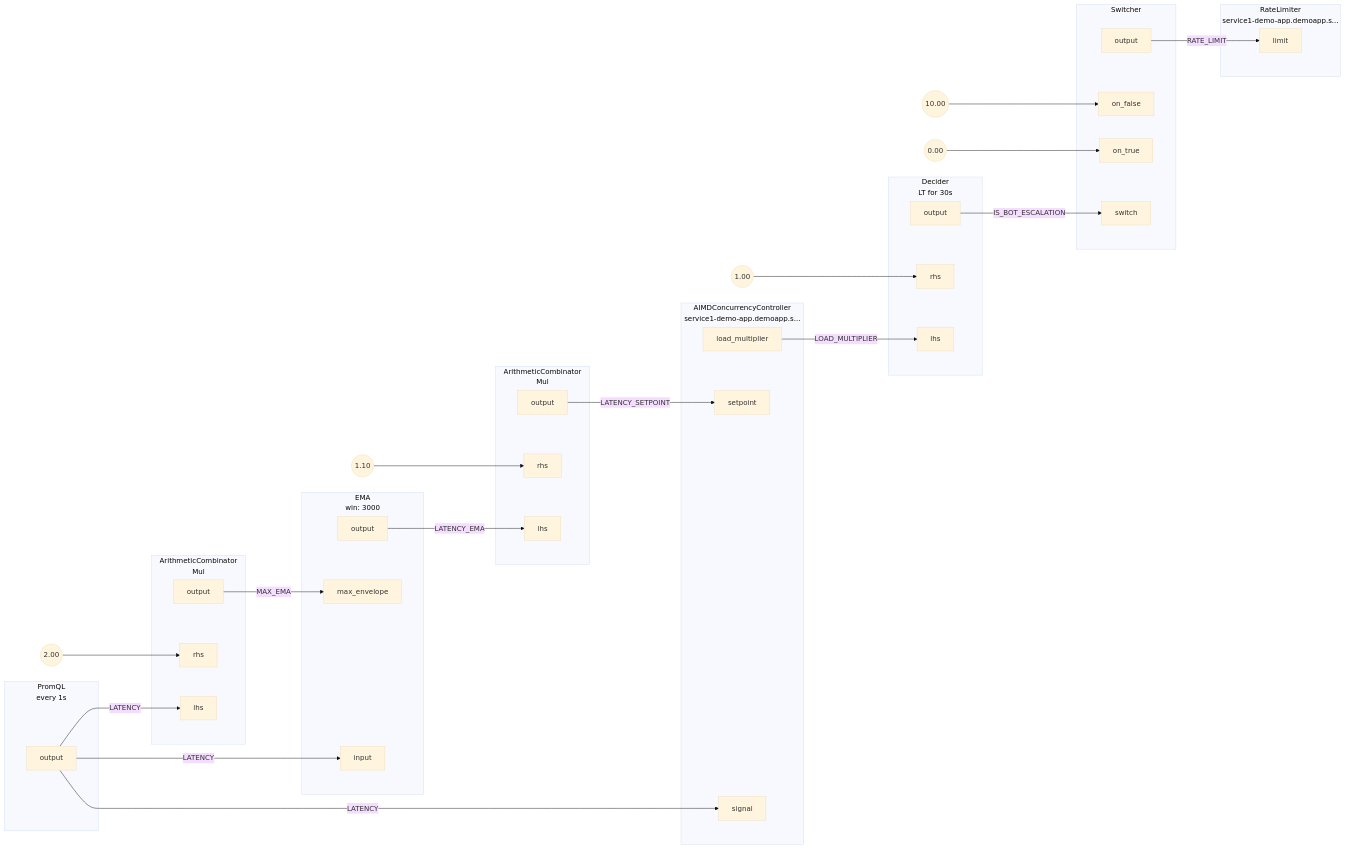
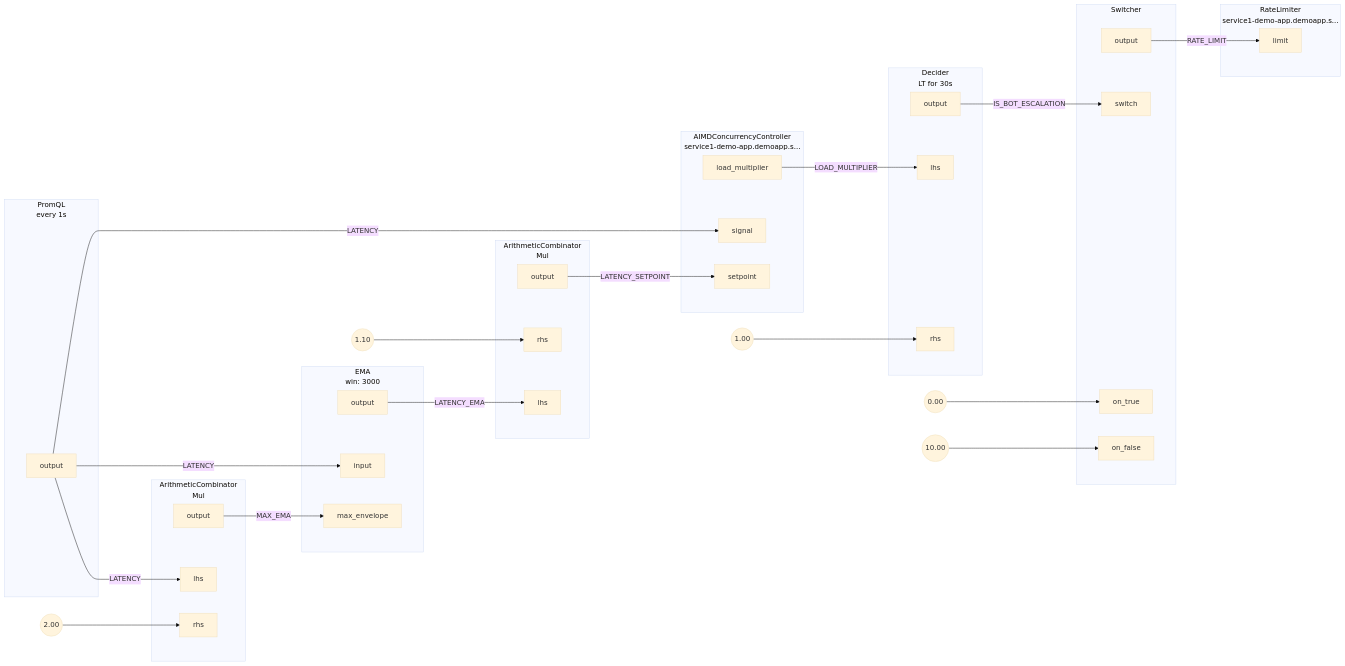
Before and after one commit to dataongunlaws/aperture: the diagram in docs/content/tutorials/integrations/flow-control/concurrency-limiting/assets/rate-limiting-escalation/rate-limiting-escalation.mmd, drawn with Mermaid (base theme). The commit also changed 35 other files, not shown here.

Commit message:
YAML language server jsonschema for policies (#1348)

```diff
--- a/docs/content/tutorials/integrations/flow-control/concurrency-limiting/assets/rate-limiting-escalation/rate-limiting-escalation.mmd
+++ b/docs/content/tutorials/integrations/flow-control/concurrency-limiting/assets/rate-limiting-escalation/rate-limiting-escalation.mmd
@@ -1,99 +1,99 @@
 flowchart LR
 subgraph root.0[<center>PromQL<br/>every 1s</center>]
 subgraph root.0_outports[ ]
 style root.0_outports fill:none,stroke:none
 root.0output[output]
 end
 end
 FakeConstant0((2.00))
 FakeConstant0 --> root.1rhs
 subgraph root.1[<center>ArithmeticCombinator<br/>Mul</center>]
 subgraph root.1_inports[ ]
 style root.1_inports fill:none,stroke:none
 root.1lhs[lhs]
 root.1rhs[rhs]
 end
 subgraph root.1_outports[ ]
 style root.1_outports fill:none,stroke:none
 root.1output[output]
 end
 end
 FakeConstant1((1.10))
 FakeConstant1 --> root.2rhs
 subgraph root.2[<center>ArithmeticCombinator<br/>Mul</center>]
 subgraph root.2_inports[ ]
 style root.2_inports fill:none,stroke:none
 root.2lhs[lhs]
 root.2rhs[rhs]
 end
 subgraph root.2_outports[ ]
 style root.2_outports fill:none,stroke:none
 root.2output[output]
 end
 end
 subgraph root.3[<center>EMA<br/>win: 3000</center>]
 subgraph root.3_inports[ ]
 style root.3_inports fill:none,stroke:none
+root.3input[input]
 root.3max_envelope[max_envelope]
-root.3input[input]
 end
 subgraph root.3_outports[ ]
 style root.3_outports fill:none,stroke:none
 root.3output[output]
 end
 end
 subgraph root.4[<center>AIMDConcurrencyController<br/>service1-demo-app.demoapp.s...</center>]
 subgraph root.4_inports[ ]
 style root.4_inports fill:none,stroke:none
 root.4setpoint[setpoint]
 root.4signal[signal]
 end
 subgraph root.4_outports[ ]
 style root.4_outports fill:none,stroke:none
 root.4load_multiplier[load_multiplier]
 end
 end
 FakeConstant2((1.00))
 FakeConstant2 --> root.5rhs
 subgraph root.5[<center>Decider<br/>LT for 30s</center>]
 subgraph root.5_inports[ ]
 style root.5_inports fill:none,stroke:none
 root.5lhs[lhs]
 root.5rhs[rhs]
 end
 subgraph root.5_outports[ ]
 style root.5_outports fill:none,stroke:none
 root.5output[output]
 end
 end
-FakeConstant3((10.00))
-FakeConstant3 --> root.6on_false
-FakeConstant4((0.00))
-FakeConstant4 --> root.6on_true
+FakeConstant3((0.00))
+FakeConstant3 --> root.6on_true
+FakeConstant4((10.00))
+FakeConstant4 --> root.6on_false
 subgraph root.6[Switcher]
 subgraph root.6_inports[ ]
 style root.6_inports fill:none,stroke:none
-root.6on_false[on_false]
 root.6switch[switch]
 root.6on_true[on_true]
+root.6on_false[on_false]
 end
 subgraph root.6_outports[ ]
 style root.6_outports fill:none,stroke:none
 root.6output[output]
 end
 end
 subgraph root.7[<center>RateLimiter<br/>service1-demo-app.demoapp.s...</center>]
 subgraph root.7_inports[ ]
 style root.7_inports fill:none,stroke:none
 root.7limit[limit]
 end
 end
 root.0output --> |LATENCY| root.1lhs
 root.0output --> |LATENCY| root.3input
 root.0output --> |LATENCY| root.4signal
 root.1output --> |MAX_EMA| root.3max_envelope
 root.2output --> |LATENCY_SETPOINT| root.4setpoint
 root.3output --> |LATENCY_EMA| root.2lhs
 root.4load_multiplier --> |LOAD_MULTIPLIER| root.5lhs
 root.5output --> |IS_BOT_ESCALATION| root.6switch
 root.6output --> |RATE_LIMIT| root.7limit
```
